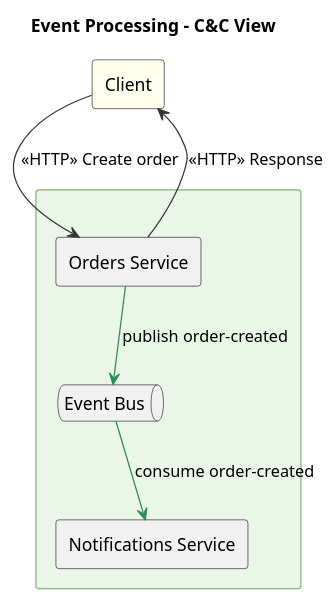
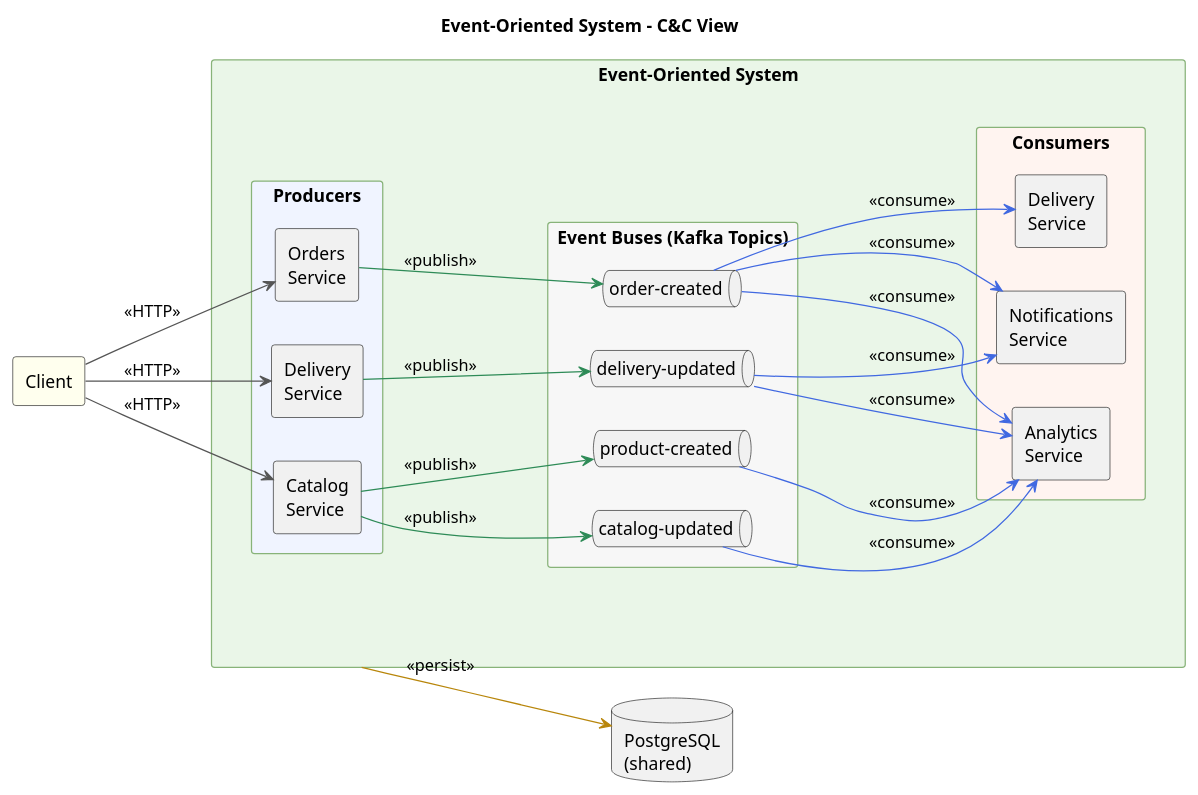
The diagram in event-oriented-architecture.puml (LucasPierru/projet-2-broker), drawn with PlantUML before and after one commit. The commit also changed 21 other files, not shown here.

Commit message:
chore: updated architecture, removed services for simplicity

```diff
--- a/event-oriented-architecture.puml
+++ b/event-oriented-architecture.puml
@@ -1,29 +1,64 @@
 @startuml
 skinparam shadowing false
 skinparam defaultFontName "Arial"
 skinparam ArrowColor #333333
 skinparam componentStyle rectangle
+left to right direction
 
-title Event Processing - C&C View
+title Event-Oriented System - C&C View
 
-rectangle " " as SYS #eaf6e8 {
+component "Client" as Client #FFFFEE
+database "PostgreSQL\n(shared)" as DB
+
+rectangle "Event-Oriented System" as SYS #eaf6e8 {
 	skinparam rectangle {
 		BackgroundColor #eaf6e8
 		BorderColor #88b379
 	}
 
-	component "Orders Service" as Orders
-	component "Notifications Service" as Notifications
-	queue "Event Bus" as EventBus
+	rectangle "Producers" as PROD #f0f4ff {
+		component "Orders\nService" as Orders
+		component "Catalog\nService" as Catalog
+		component "Delivery\nService" as DeliveryP
+	}
+
+	rectangle "Event Buses (Kafka Topics)" as BUS #f7f7f7 {
+		queue "order-created" as BusOrder
+		queue "delivery-updated" as BusDelivery
+		queue "catalog-updated" as BusCatalog
+		queue "product-created" as BusProduct
+	}
+
+	rectangle "Consumers" as CONS #fff4f0 {
+		component "Delivery\nService" as DeliveryC
+		component "Analytics\nService" as Analytics
+		component "Notifications\nService" as Notifications
+	}
 }
 
-component "Client" as Client #FFFFEE
+' ── HTTP ───────────────────────────────────────────────────────────
+Client -[#555555]-> Orders    : <<HTTP>>
+Client -[#555555]-> Catalog   : <<HTTP>>
+Client -[#555555]-> DeliveryP  : <<HTTP>>
 
-Client --> Orders : <<HTTP>> Create order
-Orders --> Client : <<HTTP>> Response
+' ── Publish ────────────────────────────────────────────────────────
+Orders      -[#2E8B57]-> BusOrder     : <<publish>>
+Catalog     -[#2E8B57]-> BusCatalog   : <<publish>>
+Catalog     -[#2E8B57]-> BusProduct   : <<publish>>
+DeliveryP   -[#2E8B57]-> BusDelivery  : <<publish>>
 
-Orders -[#2E8B57]-> EventBus : publish order-created
-EventBus -[#2E8B57]-> Notifications : consume order-created
+' ── Consume ────────────────────────────────────────────────────────
+BusOrder    -[#4169E1]-> DeliveryC     : <<consume>>
 
+BusOrder    -[#4169E1]-> Notifications : <<consume>>
+BusDelivery-[#4169E1]-> Notifications  : <<consume>>
+
+BusOrder    -[#4169E1]-> Analytics     : <<consume>>
+BusDelivery-[#4169E1]-> Analytics      : <<consume>>
+BusCatalog  -[#4169E1]-> Analytics     : <<consume>>
+BusProduct  -[#4169E1]-> Analytics     : <<consume>>
+
+' ── Database (all services share PostgreSQL) ───────────────────────
+SYS -[#B8860B]-> DB : <<persist>>
 
 @enduml
```
